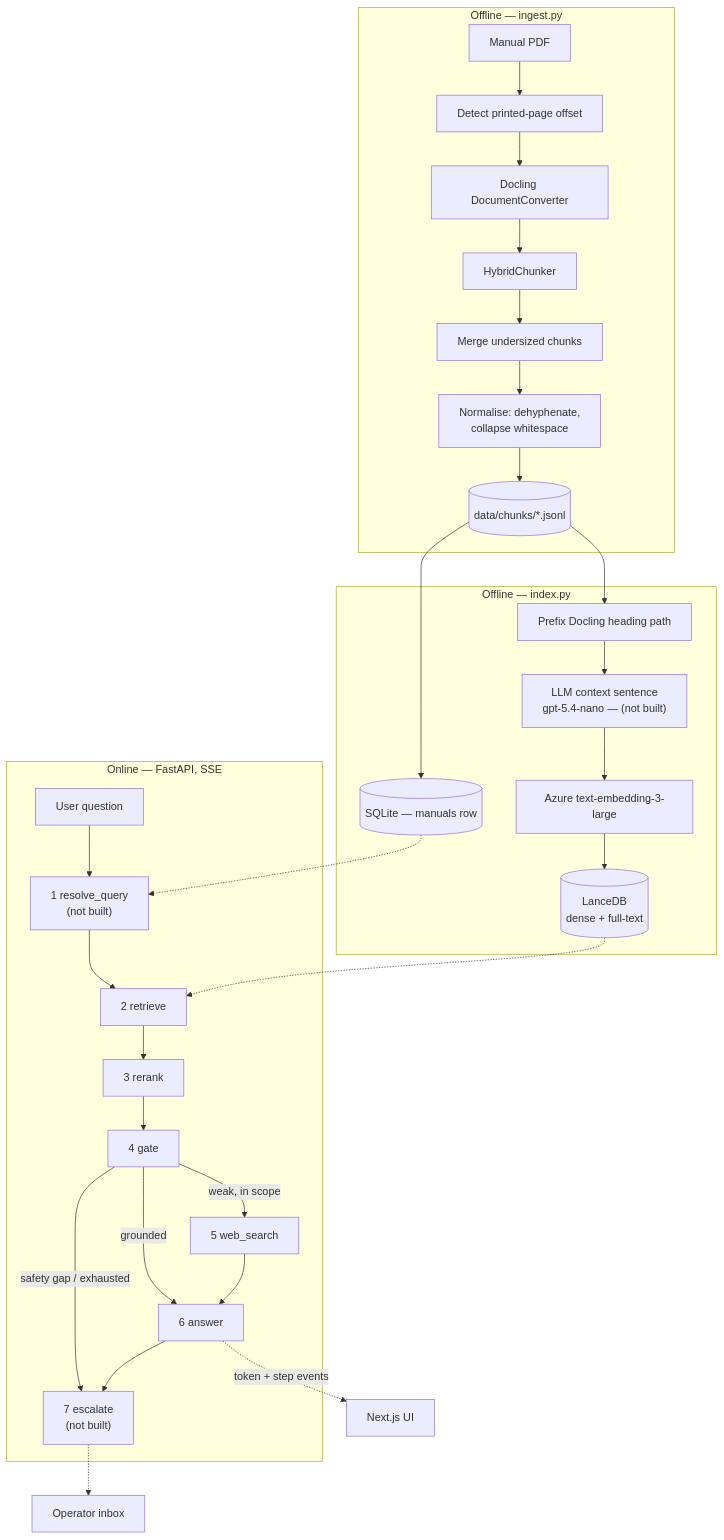
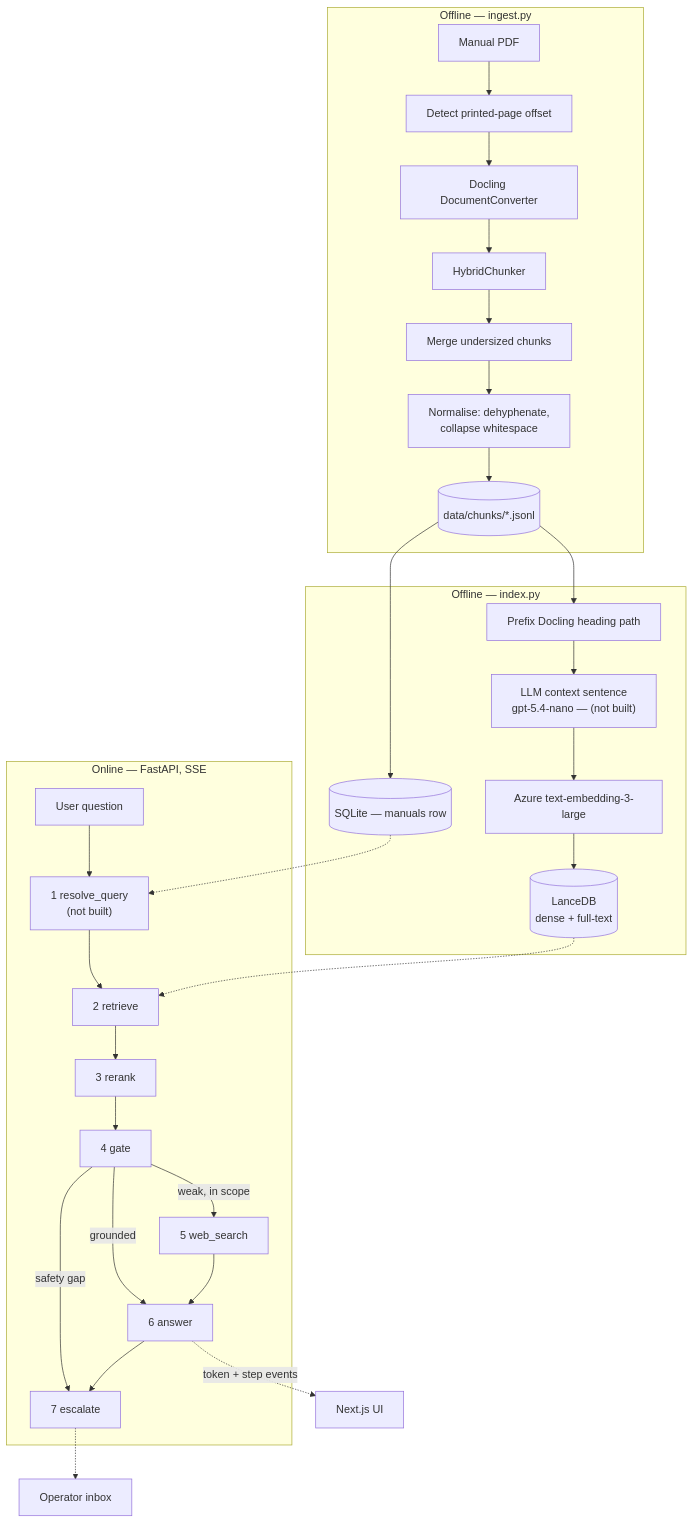
The diagram in docs/architecture.md (NilupulNishan/large-document-processing-demo), drawn with Mermaid before and after one commit. The commit also changed other lines of this file and 10 other files, not shown here.

````diff
--- a/docs/architecture.md
+++ b/docs/architecture.md
@@ -21,36 +18,36 @@
 ```mermaid
 flowchart TB
     subgraph ingest["Offline — ingest.py"]
         pdf[Manual PDF] --> offset["Detect printed-page offset"]
         offset --> docling[Docling DocumentConverter]
         docling --> chunk[HybridChunker]
         chunk --> merge["Merge undersized chunks"]
         merge --> norm["Normalise: dehyphenate,<br/>collapse whitespace"]
         norm --> jsonl[("data/chunks/*.jsonl")]
     end
 
     subgraph index["Offline — index.py"]
         jsonl --> head["Prefix Docling heading path"]
         head --> ctx["LLM context sentence<br/>gpt-5.4-nano — (not built)"]
         ctx --> embed[Azure text-embedding-3-large]
         embed --> lance[(LanceDB<br/>dense + full-text)]
         jsonl --> sqlite[("SQLite — manuals row")]
     end
 
     subgraph online["Online — FastAPI, SSE"]
         q[User question] --> resolve["1 resolve_query<br/>(not built)"]
         resolve --> retrieve["2 retrieve"]
         retrieve --> rerank["3 rerank"]
         rerank --> gate["4 gate"]
         gate -->|weak, in scope| web["5 web_search"]
         gate -->|grounded| answer["6 answer"]
         web --> answer
-        gate -->|safety gap / exhausted| esc["7 escalate<br/>(not built)"]
+        gate -->|safety gap| esc["7 escalate"]
         answer --> esc
     end
 
     lance -.-> retrieve
     sqlite -.-> resolve
     answer -.->|token + step events| ui[Next.js UI]
     esc -.-> inbox[Operator inbox]
 ```
````
